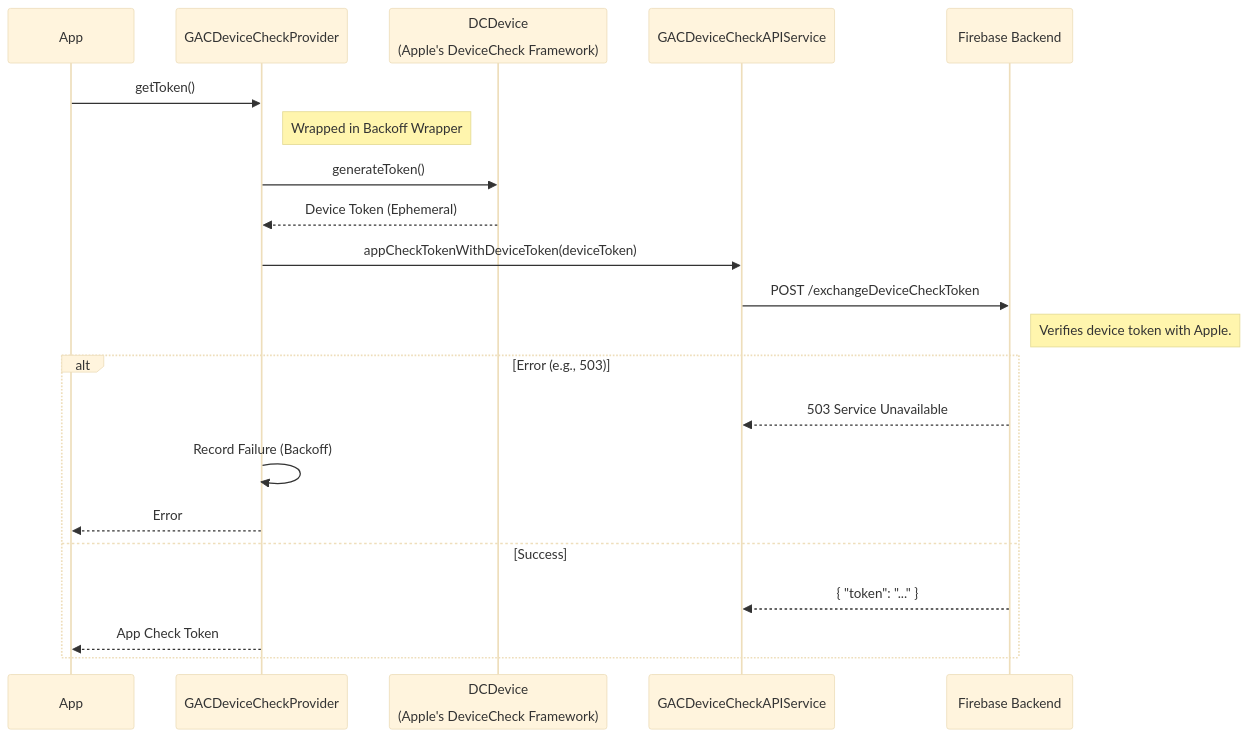
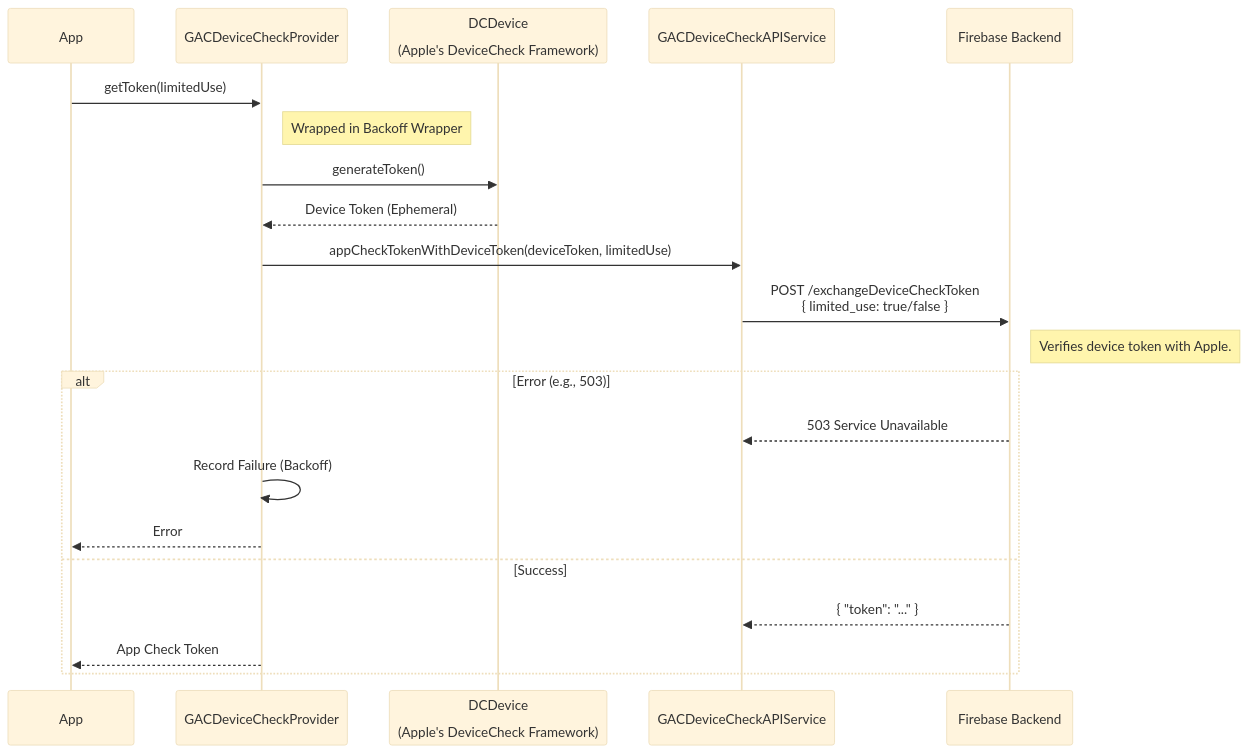
One commit to google/app-check changed the fourth of 5 diagrams in docs/providers.md. Above: the diagram before and after it, drawn with Mermaid (base theme). The commit also changed other lines of this file, not shown here.

````diff
--- a/docs/providers.md
+++ b/docs/providers.md
@@ -147,27 +161,27 @@
 ```mermaid
 sequenceDiagram
     participant App
     participant Provider as GACDeviceCheckProvider
     participant Apple as DCDevice<br/><br/>(Apple's DeviceCheck Framework)
     participant API as GACDeviceCheckAPIService
     participant Backend as Firebase Backend
 
-    App->>Provider: getToken()
+    App->>Provider: getToken(limitedUse)
     
     Note right of Provider: Wrapped in Backoff Wrapper
     Provider->>Apple: generateToken()
     Apple-->>Provider: Device Token (Ephemeral)
 
-    Provider->>API: appCheckTokenWithDeviceToken(deviceToken)
-    API->>Backend: POST /exchangeDeviceCheckToken
+    Provider->>API: appCheckTokenWithDeviceToken(deviceToken, limitedUse)
+    API->>Backend: POST /exchangeDeviceCheckToken<br/>{ limited_use: true/false }
     Note right of Backend: Verifies device token with Apple.
     
     alt Error (e.g., 503)
         Backend-->>API: 503 Service Unavailable
         Provider->>Provider: Record Failure (Backoff)
         Provider-->>App: Error
     else Success
         Backend-->>API: { "token": "..." }
         Provider-->>App: App Check Token
     end
 ```
````
